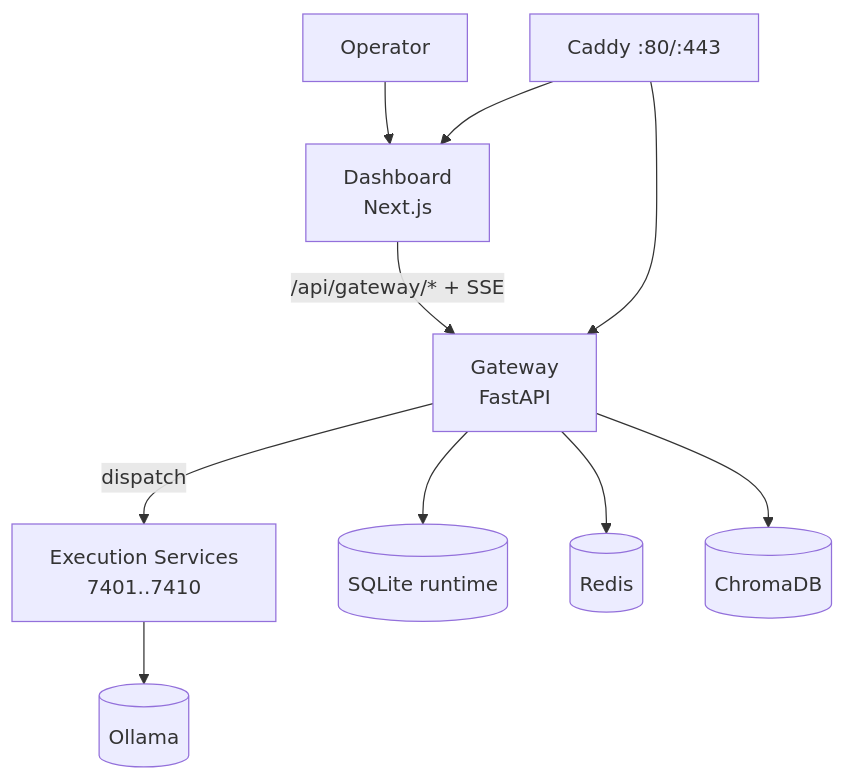
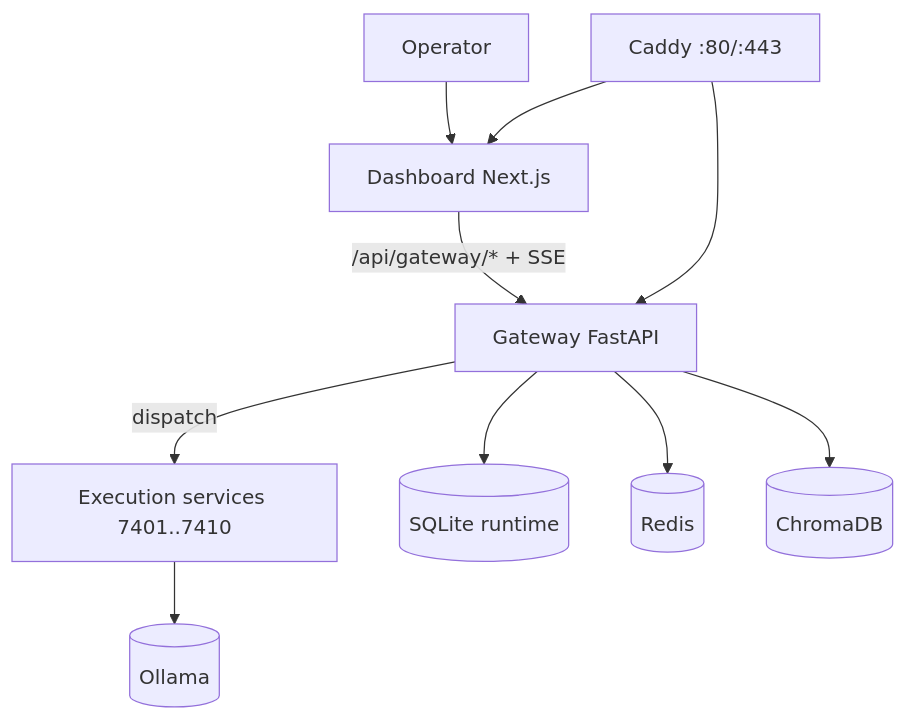
One commit to guillermovzq/alchemical-agent-ecosystem changed the first of 2 diagrams in README.md. Above: the diagram before and after it, drawn with Mermaid. The commit also changed other lines of this file and 3 other files, not shown here.

````diff
--- a/README.md
+++ b/README.md
@@ -47,14 +74,12 @@
 ```mermaid
 flowchart TB
-  U[Operator] --> D[Dashboard\nNext.js]
-  D -->|/api/gateway/* + SSE| G[Gateway\nFastAPI]
-
-  G -->|dispatch| S[Execution Services\n7401..7410]
+  U[Operator] --> D[Dashboard Next.js]
+  D -->|/api/gateway/* + SSE| G[Gateway FastAPI]
+  G -->|dispatch| S[Execution services 7401..7410]
   G --> DB[(SQLite runtime)]
   G --> R[(Redis)]
   G --> C[(ChromaDB)]
   S --> O[(Ollama)]
-
   EDGE[Caddy :80/:443] --> D
   EDGE --> G
 ```
````
